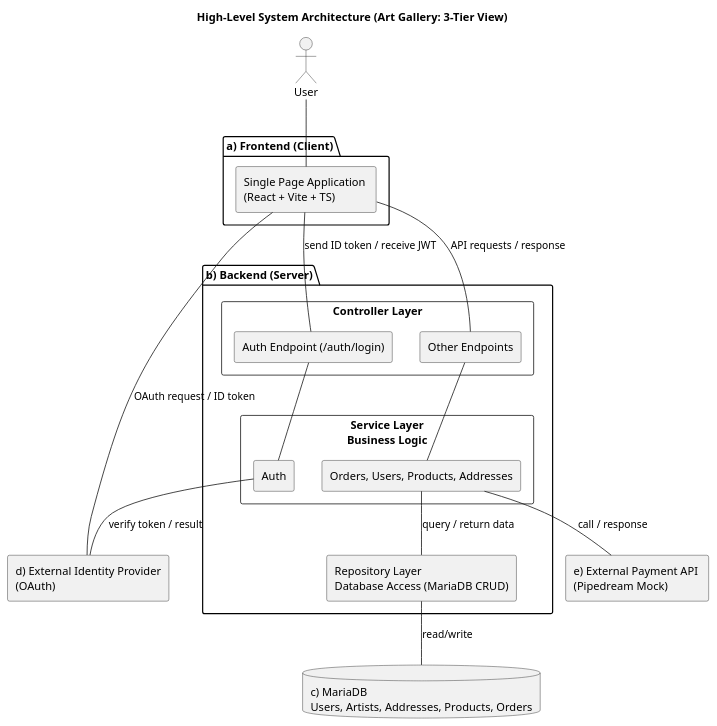
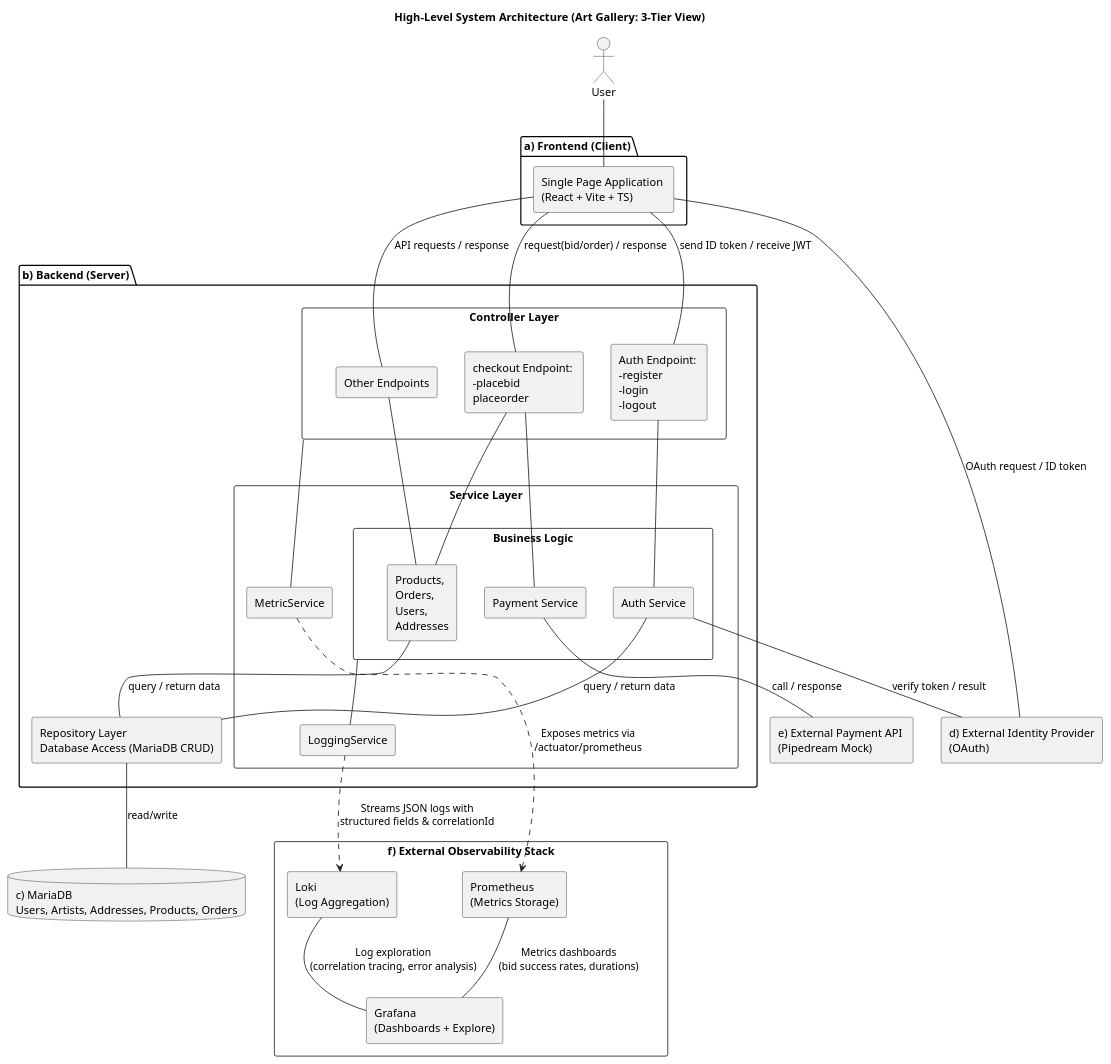
One commit to golihaidari/BidGallery changed the diagram in puml/system_architecture.puml. Above: the diagram before and after it, drawn with PlantUML. The commit also changed 221 other files, not shown here.

First line of the commit message:
feat: implement authentication flow with correlation tracking

```diff
--- a/puml/system_architecture.puml
+++ b/puml/system_architecture.puml
@@ -1,43 +1,71 @@
 @startuml
 title High-Level System Architecture (Art Gallery: 3-Tier View)
 
 actor User
 
 ' --- Frontend ---
 package "a) Frontend (Client)"{
     rectangle "Single Page Application \n(React + Vite + TS)" as FE
 }
+' --- Backend layers ---
+package "b) Backend (Server)"  {
+  rectangle "Controller Layer" as Controllers{
+    rectangle "Auth Endpoint: \n-register \n-login \n-logout" as AuthCtrl  
+    rectangle "Other Endpoints" as OtherCtrl 
+    rectangle "checkout Endpoint: \n-placebid \nplaceorder" as CheckoutCtrl
+  }
+  rectangle "Service Layer" as Services {
+    rectangle "LoggingService" as LogSer
+    rectangle "MetricService" as MetricSer
 
-' --- External services ---
-rectangle "d) External Identity Provider\n(OAuth)" as IdP
-rectangle "e) External Payment API \n(Pipedream Mock)" as Payment
-database "c) MariaDB\nUsers, Artists, Addresses, Products, Orders" as DB
-
-' --- Backend layers ---
-package "b) Backend (Server)" {
-  rectangle "Controller Layer" {
-    rectangle "Other Endpoints" as OtherCtrl
-    rectangle "Auth Endpoint (/auth/login)" as AuthCtrl    
-  }
-  rectangle "Service Layer\nBusiness Logic" {
-    rectangle "Auth" as AuthSer
-    rectangle "Orders, Users, Products, Addresses" as OtherService
+    rectangle "Business Logic" as BusinessSer {
+      rectangle "Auth Service" as AuthSer
+      rectangle "Products, \nOrders, \nUsers, \nAddresses" as OtherSer
+      rectangle "Payment Service"as PaymentSer
+    }
   }
   rectangle "Repository Layer\nDatabase Access (MariaDB CRUD)" as Repo
 }
 
+database "c) MariaDB\nUsers, Artists, Addresses, Products, Orders" as DB
+' --- External services ---
+rectangle "d) External Identity Provider\n(OAuth)" as IdP
+rectangle "e) External Payment API \n(Pipedream Mock)" as Payment
+
+rectangle "f) External Observability Stack" {
+    rectangle "Grafana\n(Dashboards + Explore)" as Grafana
+    rectangle "Prometheus\n(Metrics Storage)" as Prometheus
+    rectangle "Loki\n(Log Aggregation)" as Loki
+}
+
 ' --- Connections (two-way implied) ---
 User -- FE
+FE -- OtherCtrl : API requests / response
+FE -- CheckoutCtrl:  request(bid/order) / response
 FE -- AuthCtrl : send ID token / receive JWT
-FE -- OtherCtrl : API requests / response
+
+
+Controllers -- MetricSer
+BusinessSer -- LogSer
 
 AuthCtrl -- AuthSer
-OtherCtrl -- OtherService
+CheckoutCtrl -- OtherSer
+CheckoutCtrl -- PaymentSer
+OtherCtrl -- OtherSer
 
-OtherService -- Repo : query / return data
+MetricSer ..> Prometheus : Exposes metrics via\n/actuator/prometheus
+LogSer ..> Loki : Streams JSON logs with\nstructured fields & correlationId
+
+AuthSer-- Repo : query / return data
+OtherSer -- Repo : query / return data
 Repo -- DB : read/write
-OtherService -- Payment : call / response
+PaymentSer -- Payment : call / response
 AuthSer -- IdP : verify token / result
 FE -- IdP : OAuth request / ID token
 
+' **OBSERVABILITY STACK**
+Prometheus -- Grafana : Metrics dashboards\n(bid success rates, durations)
+Loki -- Grafana : Log exploration\n(correlation tracing, error analysis)
+
+
 @enduml
```
